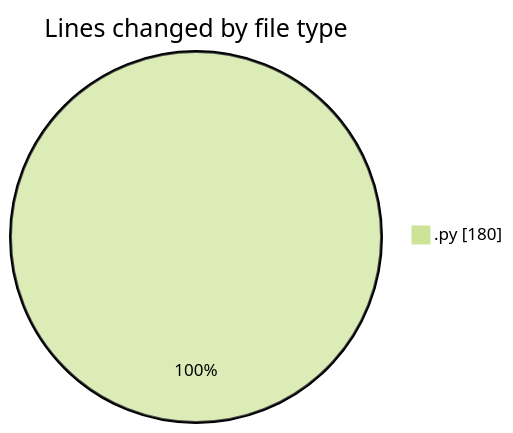
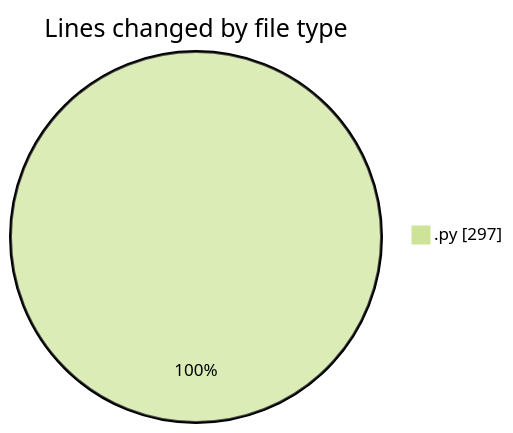
The first of 2 diagrams in 2025-03-21/myws__workspace_/README.md (MatusMokan/code-tracking), drawn with Mermaid (forest theme) before and after one commit. The commit also changed other lines of this file and 1 other file, not shown here.

````diff
--- a/2025-03-21/myws__workspace_/README.md
+++ b/2025-03-21/myws__workspace_/README.md
@@ -20,5 +20,5 @@
 ```mermaid
 pie showData
 title Lines changed by file type
-".py" : 180
+".py" : 297
 ```
````
